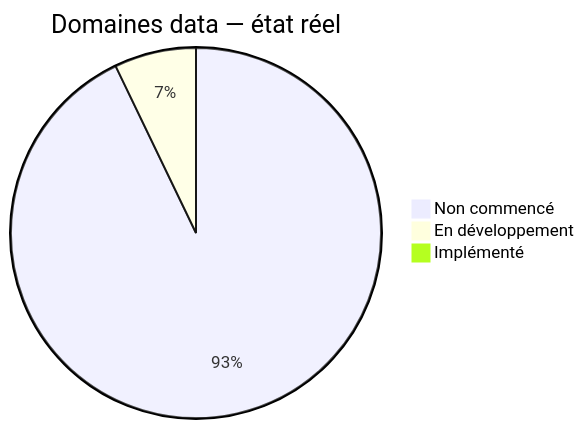
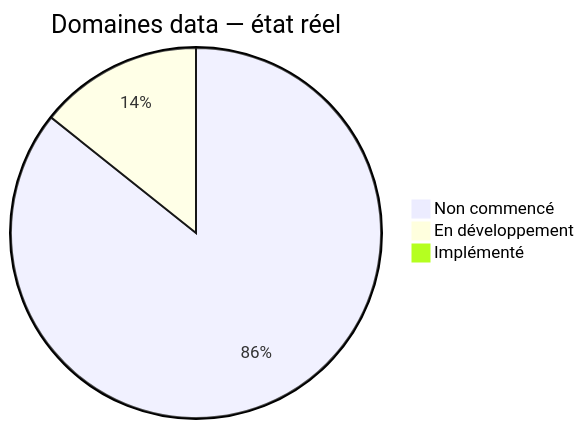
One commit to JavaChrist/Tai-Chi-AI-Coach changed the second of 5 diagrams in docs/runtime/03_DATA_STATUS.md. Above: the diagram before and after it, drawn with Mermaid. The commit also changed other lines of this file and 18 other files, not shown here.

First line of the commit message:
feat(practice): add local guided session flow (MVP-005)

````diff
--- a/docs/runtime/03_DATA_STATUS.md
+++ b/docs/runtime/03_DATA_STATUS.md
@@ -101,6 +102,6 @@
 ```mermaid
 pie title Domaines data — état réel
-  "Non commencé" : 13
-  "En développement" : 1
+  "Non commencé" : 12
+  "En développement" : 2
   "Implémenté" : 0
 ```
````
